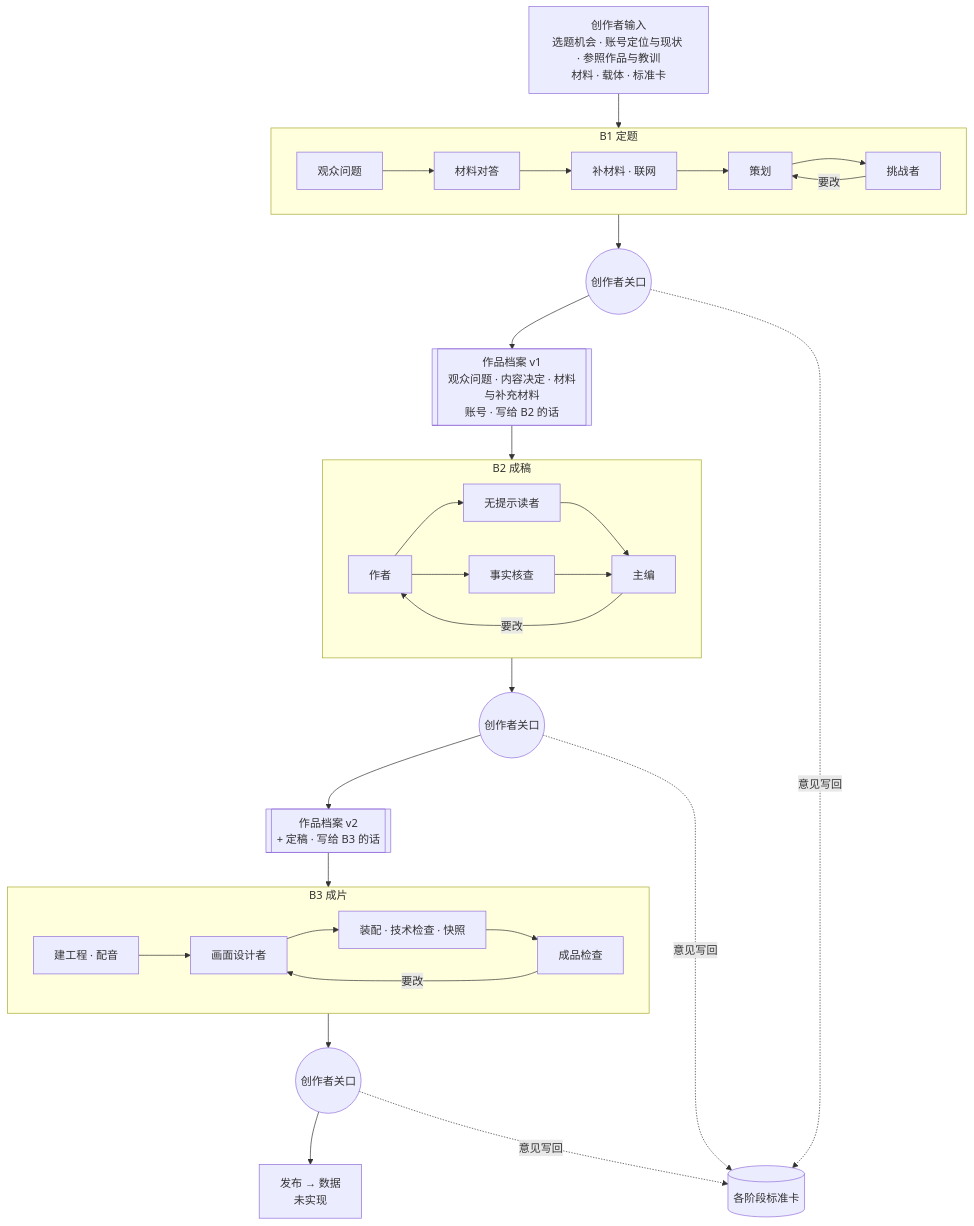
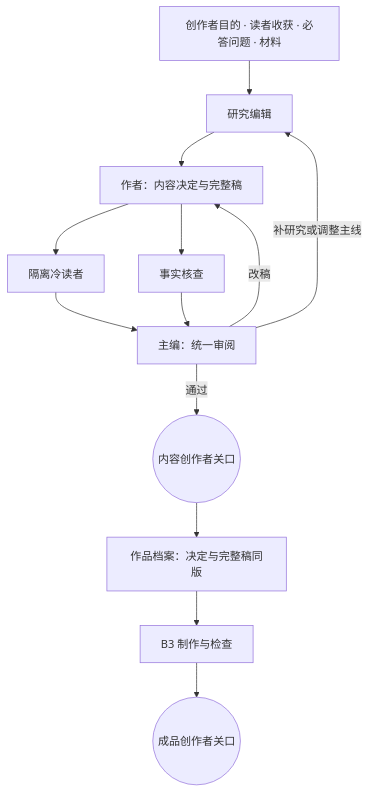
The diagram in workbenches/creation/docs/03-architecture/brief-and-handoff.md (cyl19970726/creator-lab), drawn with Mermaid before and after one commit. The commit also changed other lines of this file and 30 other files, not shown here.

````diff
--- a/workbenches/creation/docs/03-architecture/brief-and-handoff.md
+++ b/workbenches/creation/docs/03-architecture/brief-and-handoff.md
@@ -9,23 +7,12 @@
 ```mermaid
 flowchart TB
-  IN["创作者输入<br/>选题机会 · 账号定位与现状 · 参照作品与教训<br/>材料 · 载体 · 标准卡"]
-  subgraph B1["B1 定题"]
-    A1[观众问题] --> E1[材料对答] --> R1[补材料 · 联网] --> P1[策划] --> C1[挑战者]
-    C1 -- 要改 --> P1
-  end
-  G1((创作者关口))
-  D1[["作品档案 v1<br/>观众问题 · 内容决定 · 材料与补充材料<br/>账号 · 写给 B2 的话"]]
-  subgraph B2["B2 成稿"]
-    W2[作者] --> Q2[无提示读者] & F2[事实核查] --> M2[主编]
-    M2 -- 要改 --> W2
-  end
-  G2((创作者关口))
-  D2[["作品档案 v2<br/>+ 定稿 · 写给 B3 的话"]]
-  subgraph B3["B3 成片"]
-    T3[建工程 · 配音] --> DS[画面设计者] --> K3[装配 · 技术检查 · 快照] --> I3[成品检查]
-    I3 -- 要改 --> DS
-  end
-  G3((创作者关口))
-  IN --> B1 --> G1 --> D1 --> B2 --> G2 --> D2 --> B3 --> G3 --> PUB[发布 → 数据<br/>未实现]
-  G1 & G2 & G3 -. 意见写回 .-> S[(各阶段标准卡)]
+  IN[创作者目的 · 读者收获 · 必答问题 · 材料] --> R[研究编辑]
+  R --> W[作者：内容决定与完整稿]
+  W --> Q[隔离冷读者] & F[事实核查]
+  Q & F --> E[主编：统一审阅]
+  E -- 改稿 --> W
+  E -- 补研究或调整主线 --> R
+  E -- 通过 --> G((内容创作者关口))
+  G --> BR[作品档案：决定与完整稿同版]
+  BR --> B3[B3 制作与检查] --> H((成品创作者关口))
 ```
````
